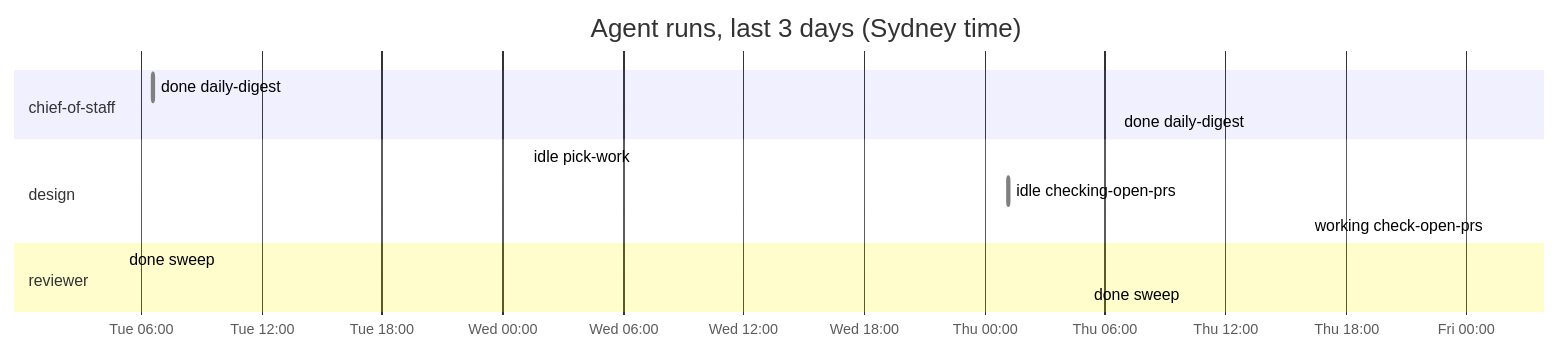
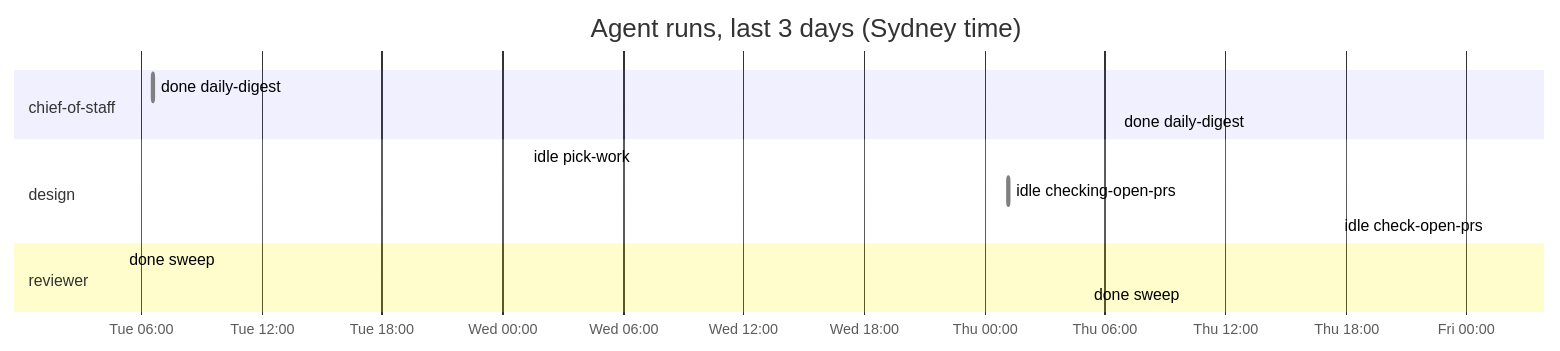
One commit to roulmediateam-byte/fifteen-expert-hq changed the diagram in dashboard.md. Above: the diagram before and after it, drawn with Mermaid. The commit also changed other lines of this file and 1 other file, not shown here.

Commit message:
Mission control 2026-11-12T14:12Z

````diff
--- a/dashboard.md
+++ b/dashboard.md
@@ -38,16 +38,16 @@
 ```mermaid
 gantt
     title Agent runs, last 3 days (Sydney time)
     dateFormat YYYY-MM-DD HH:mm
     axisFormat %a %H:%M
     section chief-of-staff
     done daily-digest :done, 2026-11-10 06:35, 2026-11-10 06:37
     done daily-digest :done, 2026-11-12 06:35, 2026-11-12 06:36
     section design
     idle pick-work :done, 2026-11-11 01:12, 2026-11-11 01:12
     idle checking-open-prs :done, 2026-11-12 01:11, 2026-11-12 01:12
-    working check-open-prs :active, 2026-11-13 01:11, 2026-11-13 01:11
+    idle check-open-prs :done, 2026-11-13 01:11, 2026-11-13 01:11
     section reviewer
     done sweep :done, 2026-11-10 05:04, 2026-11-10 05:05
     done sweep :done, 2026-11-12 05:05, 2026-11-12 05:06
 ```
````
